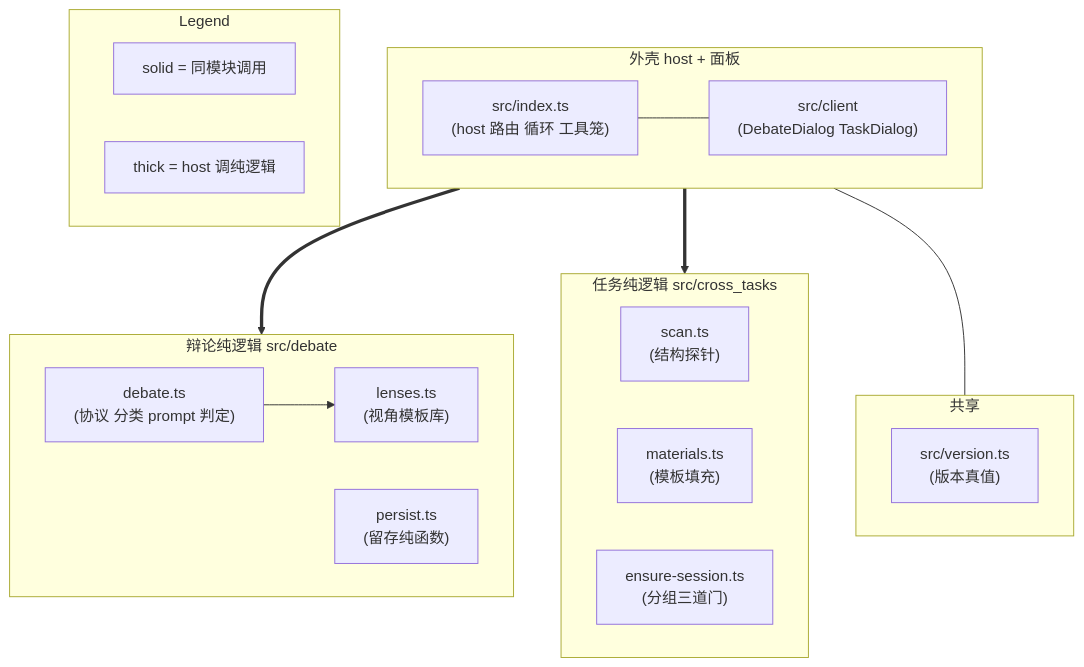
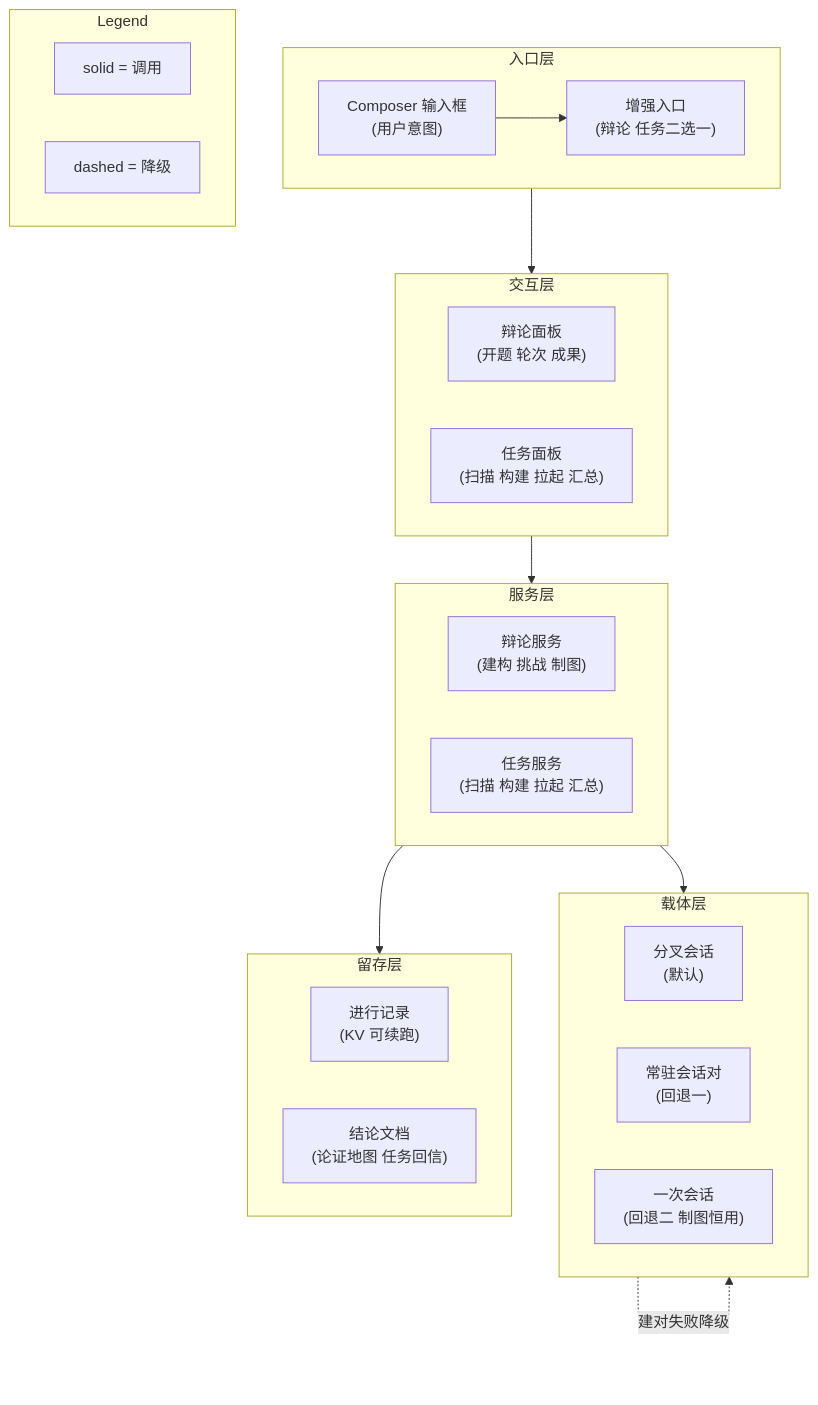
One commit to doubleelec/dsh-debate changed the second of 4 diagrams in docs/architecture.md. Above: the diagram before and after it, drawn with Mermaid. The commit also changed other lines of this file and 1 other file, not shown here.

Commit message:
docs: split duties into diagram and directory mapping into table
4.2 gains the five-layer duty diagram (entry/interact/service/carrier/keep, no filenames). 4.3 Module Map reasons now carry duty-to-directory mapping (old src/task rename noted). Filename index stays in Elements. S26 done: check ALL CLEAR, pytest 29+5, sandbox 229/229.

````diff
--- a/docs/architecture.md
+++ b/docs/architecture.md
@@ -84,35 +84,42 @@
 ```mermaid
 flowchart TD
-    subgraph Shell["外壳 host + 面板"]
+    subgraph Entry["入口层"]
         direction LR
-        index["src/index.ts<br/>(host 路由 循环 工具笼)"]
-        client["src/client<br/>(DebateDialog TaskDialog)"]
-        index --- client
+        composer["Composer 输入框<br/>(用户意图)"]
+        menu["增强入口<br/>(辩论 任务二选一)"]
+        composer --> menu
     end
-    subgraph Debate["辩论纯逻辑 src/debate"]
+    subgraph Face["交互层"]
         direction LR
-        proto["debate.ts<br/>(协议 分类 prompt 判定)"]
-        lens["lenses.ts<br/>(视角模板库)"]
-        pers["persist.ts<br/>(留存纯函数)"]
-        proto --> lens
+        debateUI["辩论面板<br/>(开题 轮次 成果)"]
+        taskUI["任务面板<br/>(扫描 构建 拉起 汇总)"]
     end
-    subgraph Task["任务纯逻辑 src/cross_tasks"]
+    subgraph Service["服务层"]
         direction LR
-        scan["scan.ts<br/>(结构探针)"]
-        mats["materials.ts<br/>(模板填充)"]
-        sess["ensure-session.ts<br/>(分组三道门)"]
+        debateSvc["辩论服务<br/>(建构 挑战 制图)"]
+        taskSvc["任务服务<br/>(扫描 构建 拉起 汇总)"]
     end
-    subgraph Shared["共享"]
+    subgraph Carry["载体层"]
         direction LR
-        ver["src/version.ts<br/>(版本真值)"]
+        fork["分叉会话<br/>(默认)"]
+        resident["常驻会话对<br/>(回退一)"]
+        oneshot["一次会话<br/>(回退二 制图恒用)"]
     end
-    Shell ==> Debate
-    Shell ==> Task
-    Shell --- Shared
+    subgraph Keep["留存层"]
+        direction LR
+        kv["进行记录<br/>(KV 可续跑)"]
+        docs["结论文档<br/>(论证地图 任务回信)"]
+    end
+
+    Entry --> Face
+    Face --> Service
+    Service --> Carry
+    Service --> Keep
+    Carry -.->|"建对失败降级"| Carry
 
     subgraph Legend["Legend"]
         direction LR
-        L1["solid = 同模块调用"]
-        L2["thick = host 调纯逻辑"]
+        L1["solid = 调用"]
+        L2["dashed = 降级"]
     end
 ```
````
